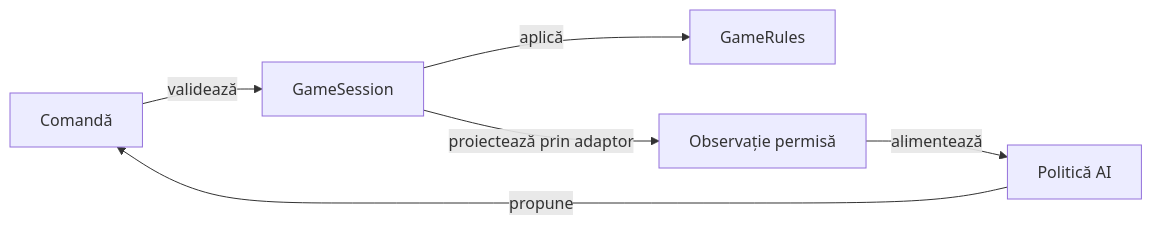
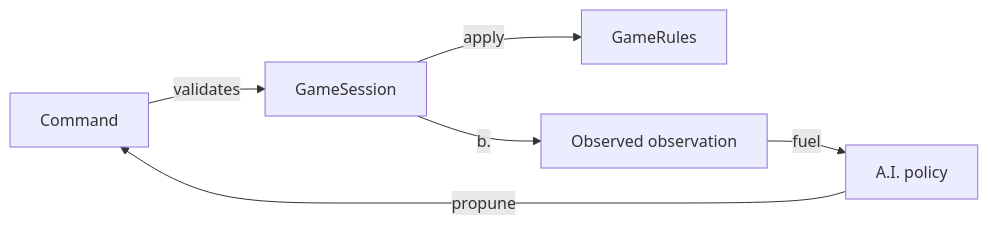
One commit to crististefanita/atf_j4 changed the diagram in whist-lab-app/game-core/README.md. Above: the diagram before and after it, drawn with Mermaid. The commit also changed other lines of this file and 122 other files, not shown here.

````diff
--- a/whist-lab-app/game-core/README.md
+++ b/whist-lab-app/game-core/README.md
@@ -13,8 +13,8 @@
 ```mermaid
 flowchart LR
-    CMD[Comandă] -->|validează| SESSION[GameSession]
-    SESSION -->|aplică| RULES[GameRules]
-    SESSION -->|proiectează prin adaptor| OBS[Observație permisă]
-    OBS -->|alimentează| POLICY[Politică AI]
+    CMD[Command] -->|validates| SESSION[GameSession]
+    SESSION -->|apply| RULES[GameRules]
+    SESSION -->|b.| OBS[Observed observation]
+    OBS -->|fuel| POLICY[A.I. policy]
     POLICY -->|propune| CMD
 ```
````
